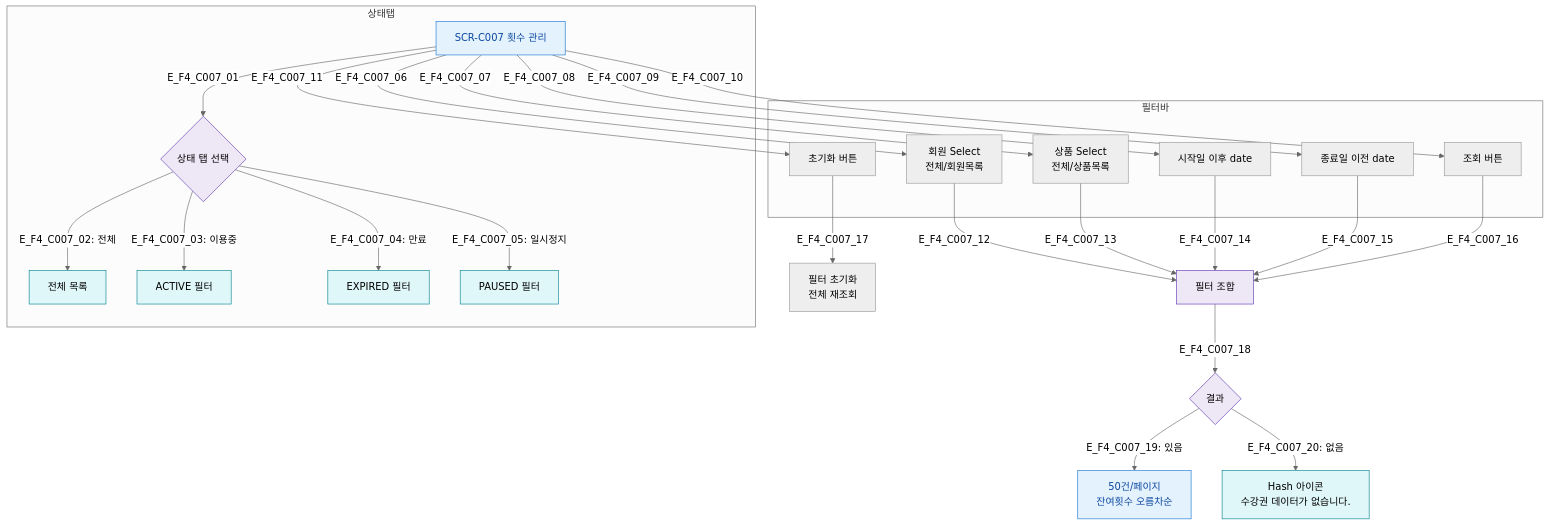
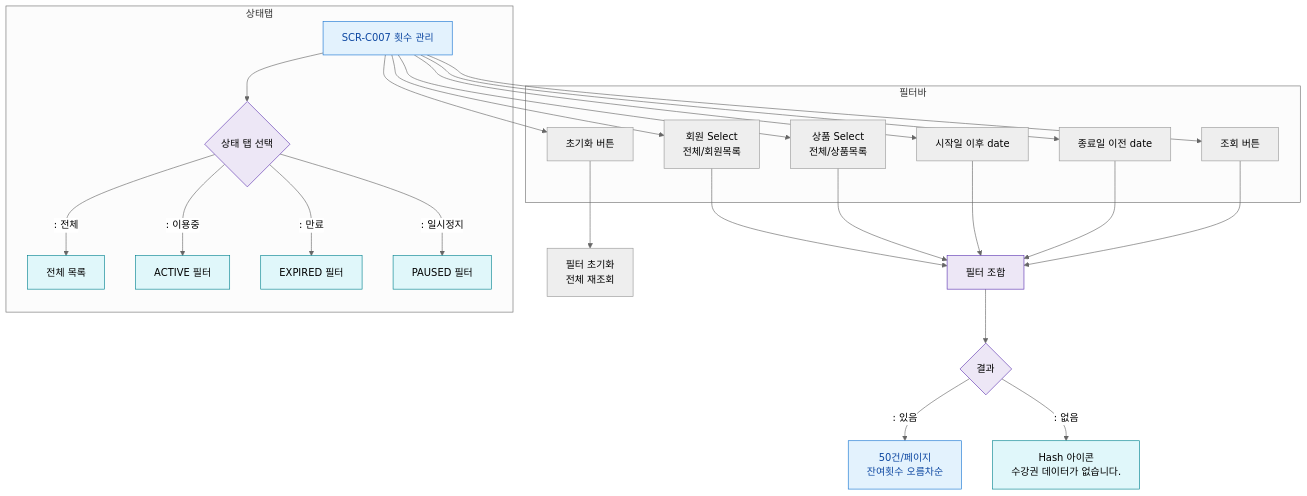
One commit to dev-spogym/admin-pando changed the diagram in docs/다이어그램/D04_수업관리/SCR-C007_횟수관리/F4_필터검색.md. Above: the diagram before and after it, drawn with Mermaid (neutral theme). The commit also changed other lines of this file and 1660 other files, not shown here.

First line of the commit message:
다이어그램: 기획자/클라이언트 납품본으로 정리

````diff
--- a/docs/다이어그램/D04_수업관리/SCR-C007_횟수관리/F4_필터검색.md
+++ b/docs/다이어그램/D04_수업관리/SCR-C007_횟수관리/F4_필터검색.md
@@ -20,39 +18,39 @@
 ```mermaid
 flowchart TD
   SCR_C007[SCR-C007 횟수 관리]
 
   subgraph 상태탭
-    SCR_C007 -->|E_F4_C007_01| Tab{상태 탭 선택}
-    Tab -->|"E_F4_C007_02: 전체"| TabAll[전체 목록]
-    Tab -->|"E_F4_C007_03: 이용중"| TabActive[ACTIVE 필터]
-    Tab -->|"E_F4_C007_04: 만료"| TabExpired[EXPIRED 필터]
-    Tab -->|"E_F4_C007_05: 일시정지"| TabPaused[PAUSED 필터]
+    SCR_C007 --> Tab{상태 탭 선택}
+    Tab -->|": 전체"|TabAll[전체 목록]
+    Tab -->|": 이용중"|TabActive[ACTIVE 필터]
+    Tab -->|": 만료"|TabExpired[EXPIRED 필터]
+    Tab -->|": 일시정지"|TabPaused[PAUSED 필터]
   end
 
   subgraph 필터바
-    SCR_C007 -->|E_F4_C007_06| FilterMember[회원 Select\n전체/회원목록]
-    SCR_C007 -->|E_F4_C007_07| FilterProduct[상품 Select\n전체/상품목록]
-    SCR_C007 -->|E_F4_C007_08| FilterStartDate[시작일 이후 date]
-    SCR_C007 -->|E_F4_C007_09| FilterEndDate[종료일 이전 date]
-    SCR_C007 -->|E_F4_C007_10| BtnQuery[조회 버튼]
-    SCR_C007 -->|E_F4_C007_11| BtnReset[초기화 버튼]
+    SCR_C007 --> FilterMember[회원 Select\n전체/회원목록]
+    SCR_C007 --> FilterProduct[상품 Select\n전체/상품목록]
+    SCR_C007 --> FilterStartDate[시작일 이후 date]
+    SCR_C007 --> FilterEndDate[종료일 이전 date]
+    SCR_C007 --> BtnQuery[조회 버튼]
+    SCR_C007 --> BtnReset[초기화 버튼]
   end
 
-  FilterMember -->|E_F4_C007_12| Combine[필터 조합]
-  FilterProduct -->|E_F4_C007_13| Combine
-  FilterStartDate -->|E_F4_C007_14| Combine
-  FilterEndDate -->|E_F4_C007_15| Combine
-  BtnQuery -->|E_F4_C007_16| Combine
-  BtnReset -->|E_F4_C007_17| ResetAll[필터 초기화\n전체 재조회]
+  FilterMember --> Combine[필터 조합]
+  FilterProduct --> Combine
+  FilterStartDate --> Combine
+  FilterEndDate --> Combine
+  BtnQuery --> Combine
+  BtnReset --> ResetAll[필터 초기화\n전체 재조회]
 
-  Combine -->|E_F4_C007_18| Result{결과}
-  Result -->|"E_F4_C007_19: 있음"| ShowData[50건/페이지\n잔여횟수 오름차순]
-  Result -->|"E_F4_C007_20: 없음"| EmptyState[Hash 아이콘\n수강권 데이터가 없습니다.]
+  Combine --> Result{결과}
+  Result -->|": 있음"|ShowData[50건/페이지\n잔여횟수 오름차순]
+  Result -->|": 없음"|EmptyState[Hash 아이콘\n수강권 데이터가 없습니다.]
 
   classDef screen fill:#E3F2FD,stroke:#1976D2,color:#0D47A1
   classDef system fill:#EDE7F6,stroke:#5E35B2
   classDef info fill:#E0F7FA,stroke:#00838F
   class SCR_C007,ShowData screen
   class Tab,Combine,Result system
   class EmptyState,TabAll,TabActive,TabExpired,TabPaused info
 ```
````
